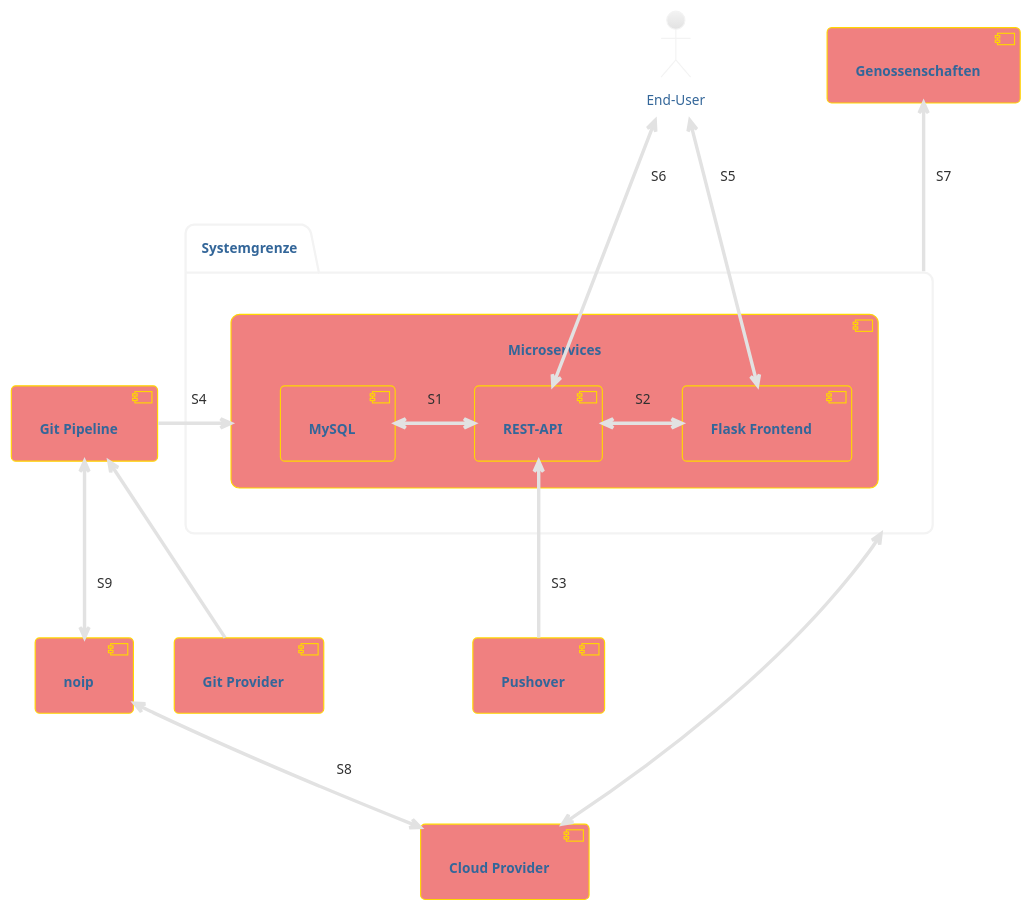
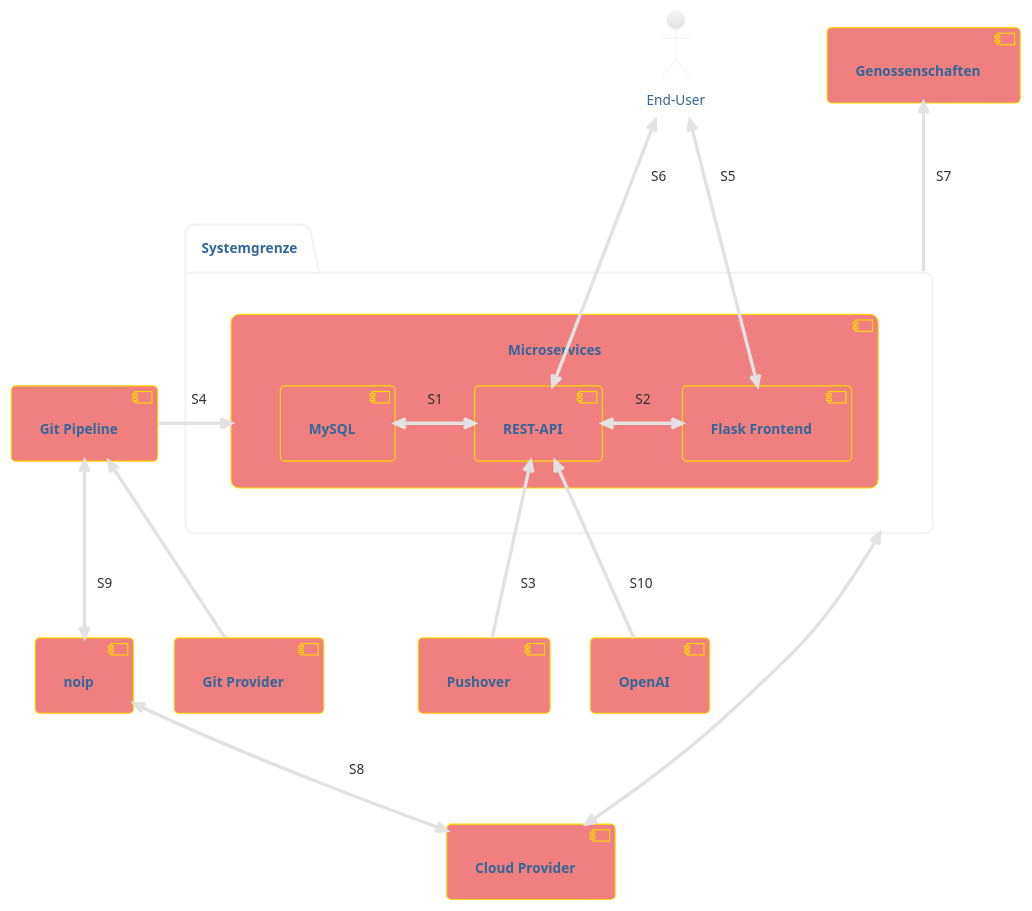
Before and after one commit to danyambuehl/ITCNE23-SEM-Ill: the diagram in docs/02_Plannung/systemgrenze.iuml, drawn with PlantUML. The commit also changed 6 other files, not shown here.

Commit message:
mermaid update and gitlab

```diff
--- a/docs/02_Plannung/systemgrenze.iuml
+++ b/docs/02_Plannung/systemgrenze.iuml
@@ -1,38 +1,40 @@
 @startuml
 !theme lightgray
 
 skinparam component {
   BorderColor gold
   BackgroundColor lightcoral
   FontStyle bold
 }
 
 package "Systemgrenze" {
   component "Microservices" {
     component "Flask Frontend"
     component "REST-API"
     component "MySQL"
   }
   
 }
 
 actor "End-User"
 component "Git Pipeline"
 component "noip"
 component "Cloud Provider"
 component "Pushover"
+component "OpenAI"
 component "Genossenschaften"
 
 [MySQL] <-right-> [REST-API] : S1
 [Flask Frontend] <-left-> [REST-API] : S2
 [Git Pipeline] -left-> [Microservices] : S4
 [Pushover] -up-> [REST-API] : S3
 [Git Provider] -up-> [Git Pipeline]
 [Cloud Provider] <-up-> [Systemgrenze]
 [End-User] <-down-> [Flask Frontend] : S5
 [End-User] <-down-> [REST-API] : S6
 [Genossenschaften] <-down- [Systemgrenze] : S7
 [noip] <-down-> [Cloud Provider]: S8
 [noip] <-up-> [Git Pipeline]: S9
+[OpenAI] -up-> [REST-API] : S10
 
 @enduml
```
